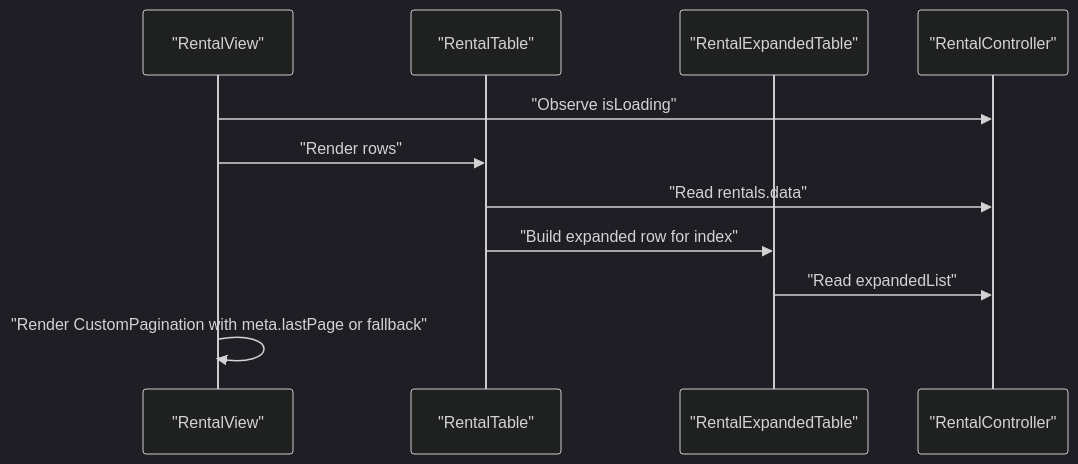
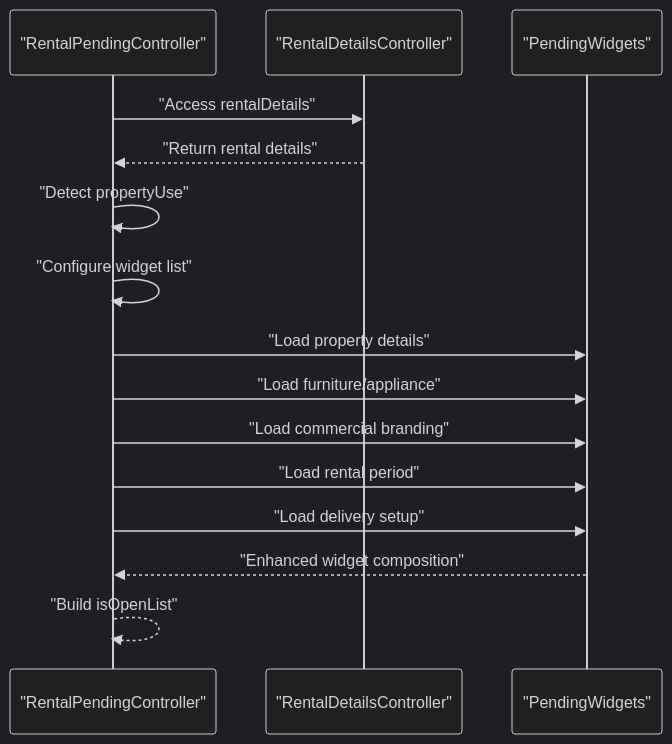
Before and after one commit to Ariful3111/FurniGo: the fifth of 8 diagrams in .qoder/repowiki/en/content/Business Operations/Rental System.md, drawn with Mermaid (dark theme). The commit also changed other lines of this file and 9 other files, not shown here.

````diff
--- a/.qoder/repowiki/en/content/Business Operations/Rental System.md
+++ b/.qoder/repowiki/en/content/Business Operations/Rental System.md
@@ -299,13 +295,17 @@
 ```mermaid
 sequenceDiagram
-participant View as "RentalView"
-participant Table as "RentalTable"
-participant Exp as "RentalExpandedTable"
-participant RC as "RentalController"
-View->>RC : "Observe isLoading"
-View->>Table : "Render rows"
-Table->>RC : "Read rentals.data"
-Table->>Exp : "Build expanded row for index"
-Exp->>RC : "Read expandedList"
-View->>View : "Render CustomPagination with meta.lastPage or fallback"
+participant RPC as "RentalPendingController"
+participant RDC as "RentalDetailsController"
+participant PW as "PendingWidgets"
+RPC->>RDC : "Access rentalDetails"
+RDC-->>RPC : "Return rental details"
+RPC->>RPC : "Detect propertyUse"
+RPC->>RPC : "Configure widget list"
+RPC->>PW : "Load property details"
+RPC->>PW : "Load furniture/appliance"
+RPC->>PW : "Load commercial branding"
+RPC->>PW : "Load rental period"
+RPC->>PW : "Load delivery setup"
+PW-->>RPC : "Enhanced widget composition"
+RPC-->>RPC : "Build isOpenList"
 ```
````
